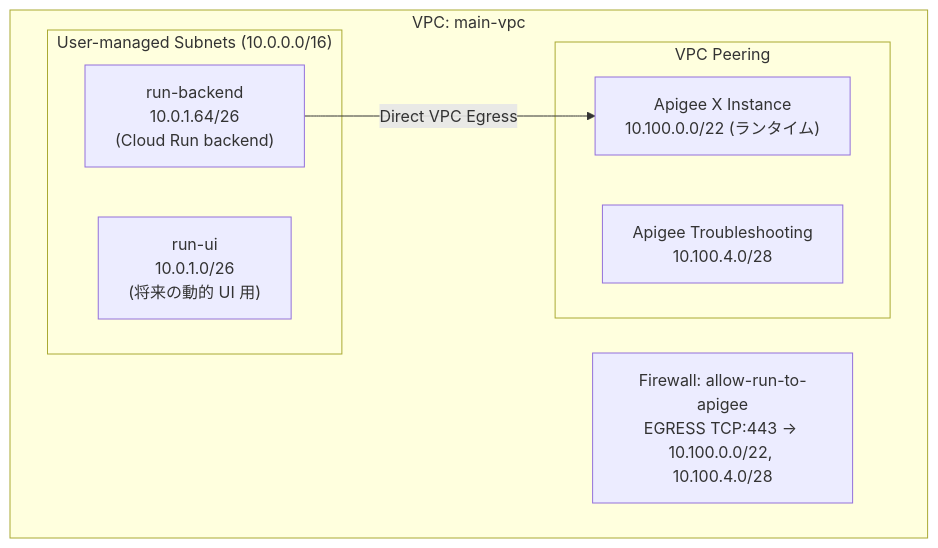
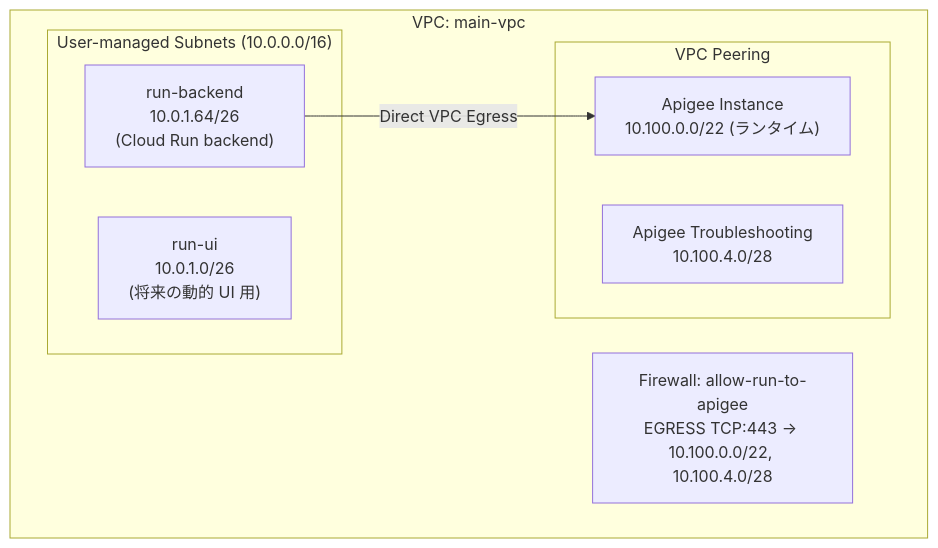
One commit to linzhengen/apigee-labs changed the third of 4 diagrams in README.md. Above: the diagram before and after it, drawn with Mermaid. The commit also changed other lines of this file and 12 other files, not shown here.

````diff
--- a/README.md
+++ b/README.md
@@ -159,15 +159,15 @@
 ```mermaid
 graph TB
   subgraph VPC["VPC: main-vpc"]
     subgraph Subnets["User-managed Subnets (10.0.0.0/16)"]
       S1["run-ui<br/>10.0.1.0/26<br/>(将来の動的 UI 用)"]
       S2["run-backend<br/>10.0.1.64/26<br/>(Cloud Run backend)"]
     end
     subgraph Peering["VPC Peering"]
-      AP["Apigee X Instance<br/>10.100.0.0/22 (ランタイム)"]
+      AP["Apigee Instance<br/>10.100.0.0/22 (ランタイム)"]
       TS["Apigee Troubleshooting<br/>10.100.4.0/28"]
     end
     S2 -->|Direct VPC Egress| AP
     FW["Firewall: allow-run-to-apigee<br/>EGRESS TCP:443 → 10.100.0.0/22, 10.100.4.0/28"]
   end
 ```
````
